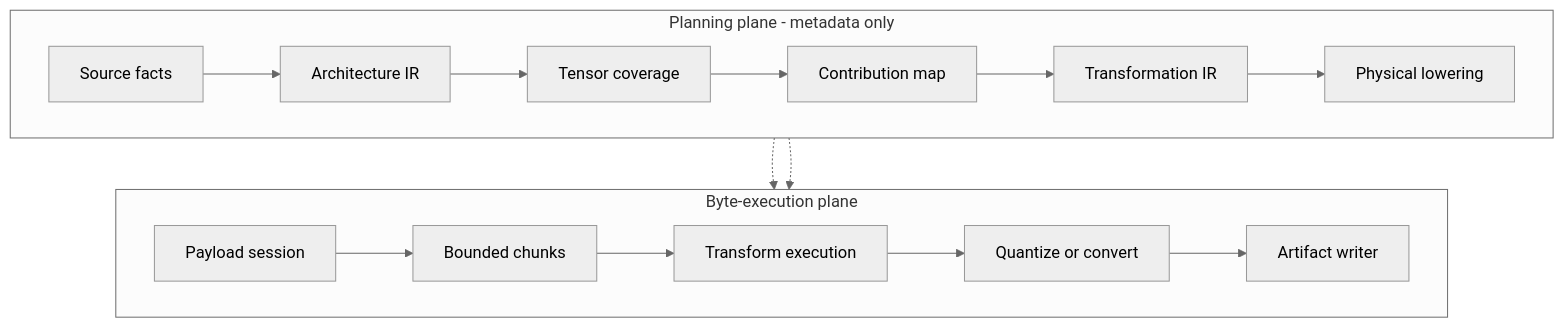
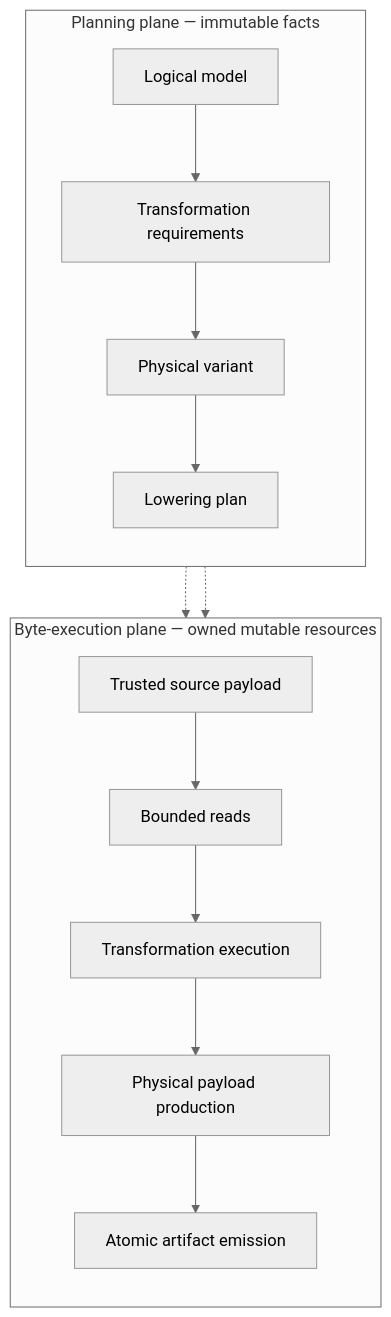
The second of 2 diagrams in README.md (yailabs/yvex), drawn with Mermaid (neutral theme) before and after one commit. The commit also changed other lines of this file and 1 other file, not shown here.

````diff
--- a/README.md
+++ b/README.md
@@ -70,22 +152,20 @@
 ```mermaid
-flowchart TB
-    subgraph P[Planning plane - metadata only]
-        direction LR
-        SF[Source facts] --> AI[Architecture IR]
-        AI --> TC[Tensor coverage]
-        TC --> CM[Contribution map]
-        CM --> TI[Transformation IR]
-        TI --> PL[Physical lowering]
+flowchart TD
+    subgraph P["Planning plane — immutable facts"]
+        direction TB
+        LM["Logical model"] --> TR["Transformation requirements"]
+        TR --> PV["Physical variant"]
+        PV --> LP["Lowering plan"]
     end
 
-    subgraph B[Byte-execution plane]
-        direction LR
-        PS[Payload session] --> BC[Bounded chunks]
-        BC --> TX[Transform execution]
-        TX --> QC[Quantize or convert]
-        QC --> AW[Artifact writer]
+    subgraph B["Byte-execution plane — owned mutable resources"]
+        direction TB
+        PS["Trusted source payload"] --> BC["Bounded reads"]
+        BC --> TX["Transformation execution"]
+        TX --> PE["Physical payload production"]
+        PE --> AW["Atomic artifact emission"]
     end
 
-    TI -.-> TX
-    CM -.-> PS
+    TR -.-> TX
+    LP -.-> AW
 ```
````
